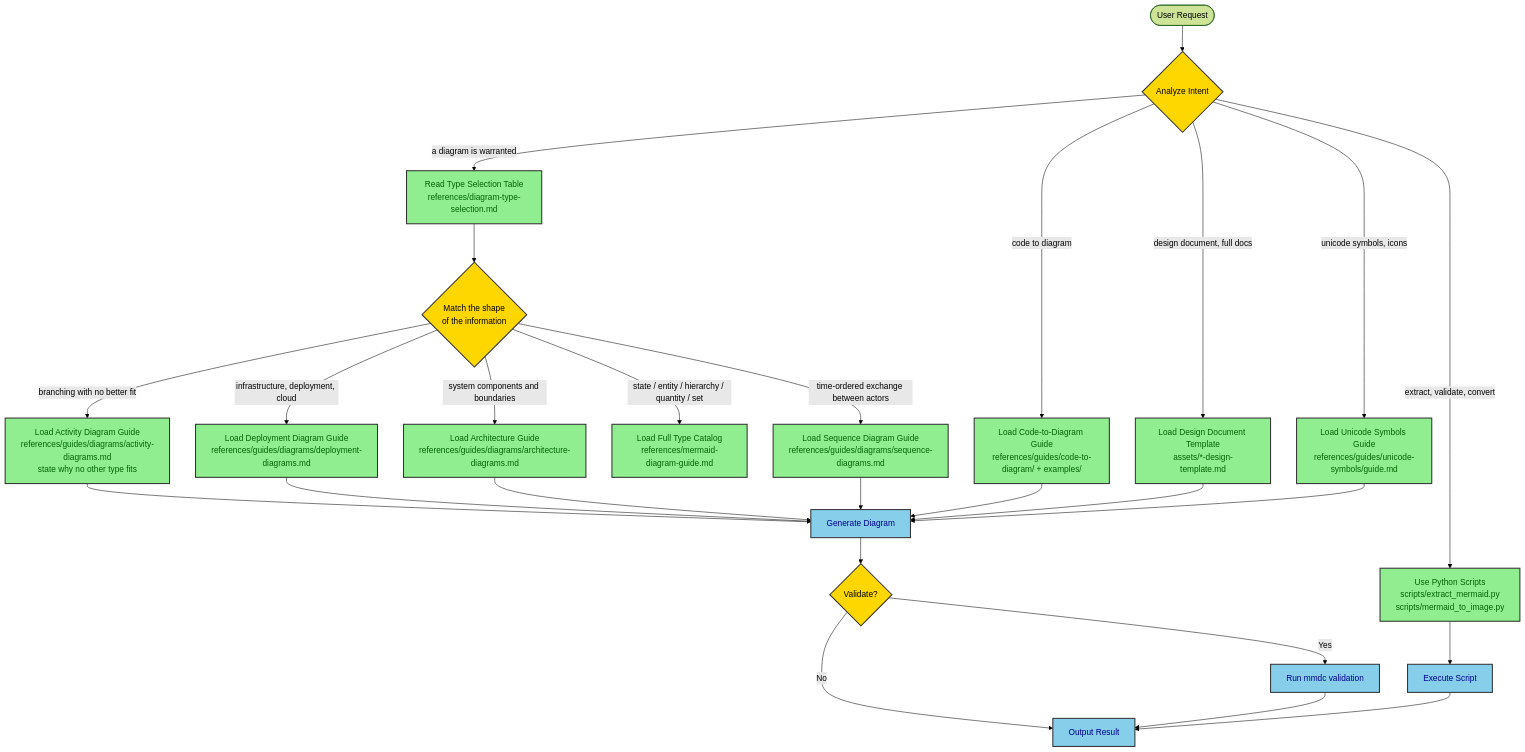
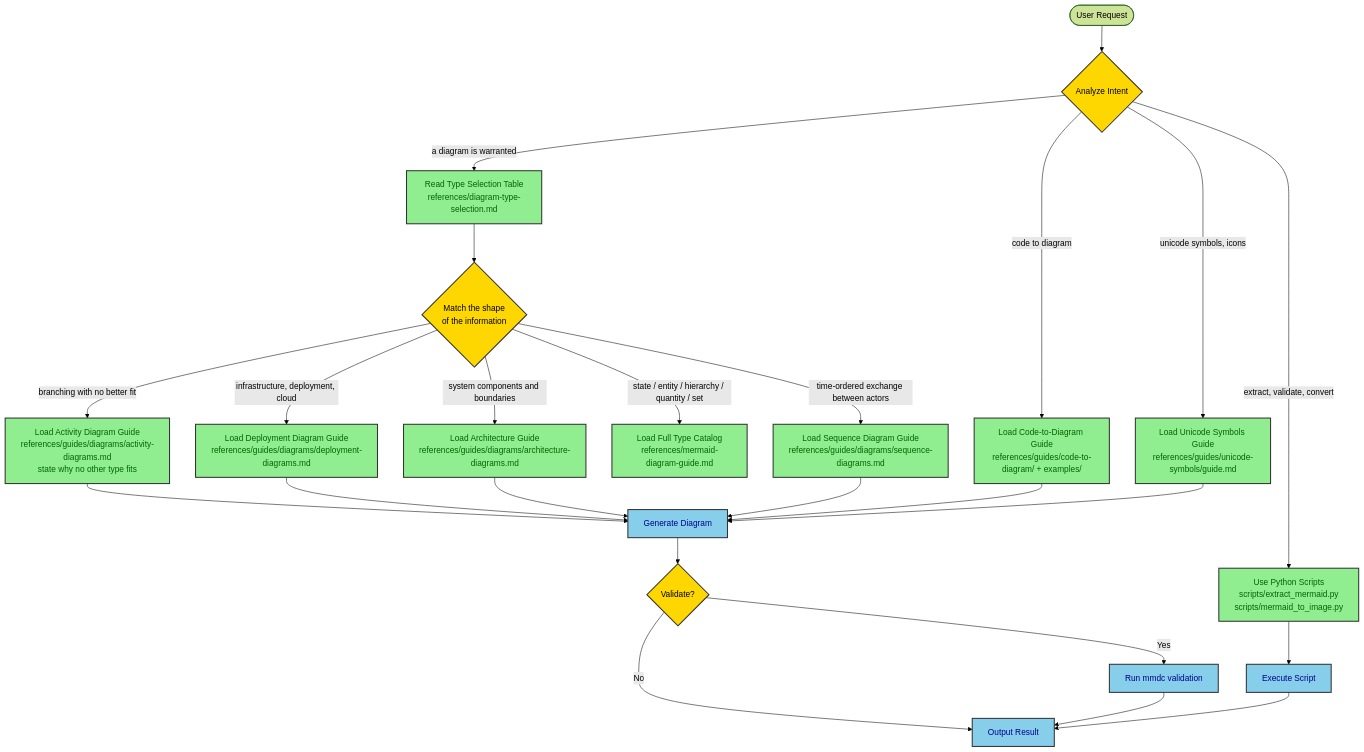
One commit to kasiopeiya/claude-dev-template changed the first of 5 diagrams in .claude/skills/design-doc-mermaid/SKILL.md. Above: the diagram before and after it, drawn with Mermaid (forest theme). The commit also changed other lines of this file and 7 other files, not shown here.

First line of the commit message:
chore: 使われていない design-doc-mermaid の設計書テンプレートを削除 (#436)

````diff
--- a/.claude/skills/design-doc-mermaid/SKILL.md
+++ b/.claude/skills/design-doc-mermaid/SKILL.md
@@ -63,39 +63,37 @@
 ```mermaid
 flowchart TD
     Start([User Request]) --> Analyze{Analyze Intent}
 
     Analyze -->|"a diagram is warranted"| TypeGate[Read Type Selection Table<br/>references/diagram-type-selection.md]
     TypeGate --> Shape{Match the shape<br/>of the information}
     Shape -->|"time-ordered exchange between actors"| Sequence[Load Sequence Diagram Guide<br/>references/guides/diagrams/sequence-diagrams.md]
     Shape -->|"infrastructure, deployment, cloud"| Deploy[Load Deployment Diagram Guide<br/>references/guides/diagrams/deployment-diagrams.md]
     Shape -->|"system components and boundaries"| Arch[Load Architecture Guide<br/>references/guides/diagrams/architecture-diagrams.md]
     Shape -->|"state / entity / hierarchy / quantity / set"| Catalog[Load Full Type Catalog<br/>references/mermaid-diagram-guide.md]
     Shape -->|"branching with no better fit"| Activity[Load Activity Diagram Guide<br/>references/guides/diagrams/activity-diagrams.md<br/>state why no other type fits]
     Analyze -->|"code to diagram"| CodeToDiag[Load Code-to-Diagram Guide<br/>references/guides/code-to-diagram/ + examples/]
-    Analyze -->|"design document, full docs"| DesignDoc[Load Design Document Template<br/>assets/*-design-template.md]
     Analyze -->|"unicode symbols, icons"| Unicode[Load Unicode Symbols Guide<br/>references/guides/unicode-symbols/guide.md]
     Analyze -->|"extract, validate, convert"| Scripts[Use Python Scripts<br/>scripts/extract_mermaid.py<br/>scripts/mermaid_to_image.py]
 
     Activity --> Generate[Generate Diagram]
     Deploy --> Generate
     Arch --> Generate
     Sequence --> Generate
     CodeToDiag --> Generate
-    DesignDoc --> Generate
     Unicode --> Generate
     Scripts --> Execute[Execute Script]
 
     Generate --> Validate{Validate?}
     Validate -->|Yes| RunValidation[Run mmdc validation]
     Validate -->|No| Output
     RunValidation --> Output[Output Result]
     Execute --> Output
 
     classDef decision fill:#FFD700,stroke:#333,stroke-width:2px,color:black
     classDef guide fill:#90EE90,stroke:#333,stroke-width:2px,color:darkgreen
     classDef action fill:#87CEEB,stroke:#333,stroke-width:2px,color:darkblue
 
     class Analyze,Validate,Shape decision
-    class TypeGate,Catalog,Activity,Deploy,Arch,Sequence,CodeToDiag,DesignDoc,Unicode,Scripts guide
+    class TypeGate,Catalog,Activity,Deploy,Arch,Sequence,CodeToDiag,Unicode,Scripts guide
     class Generate,Execute,RunValidation,Output action
 ```
````
